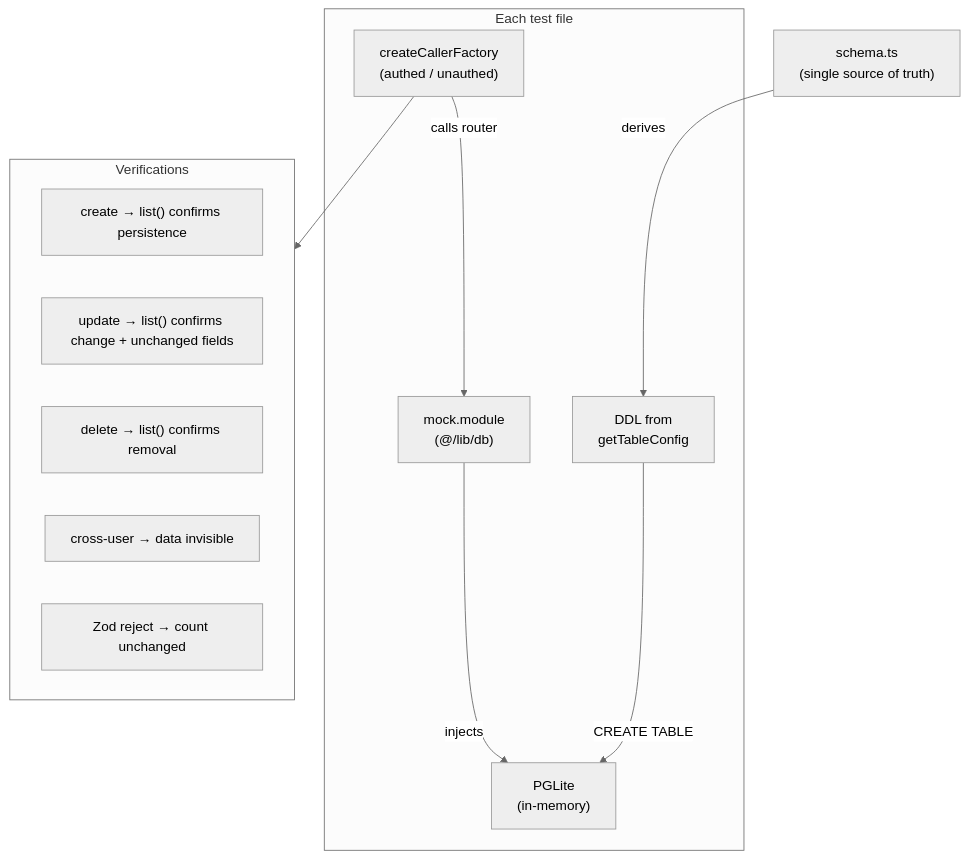
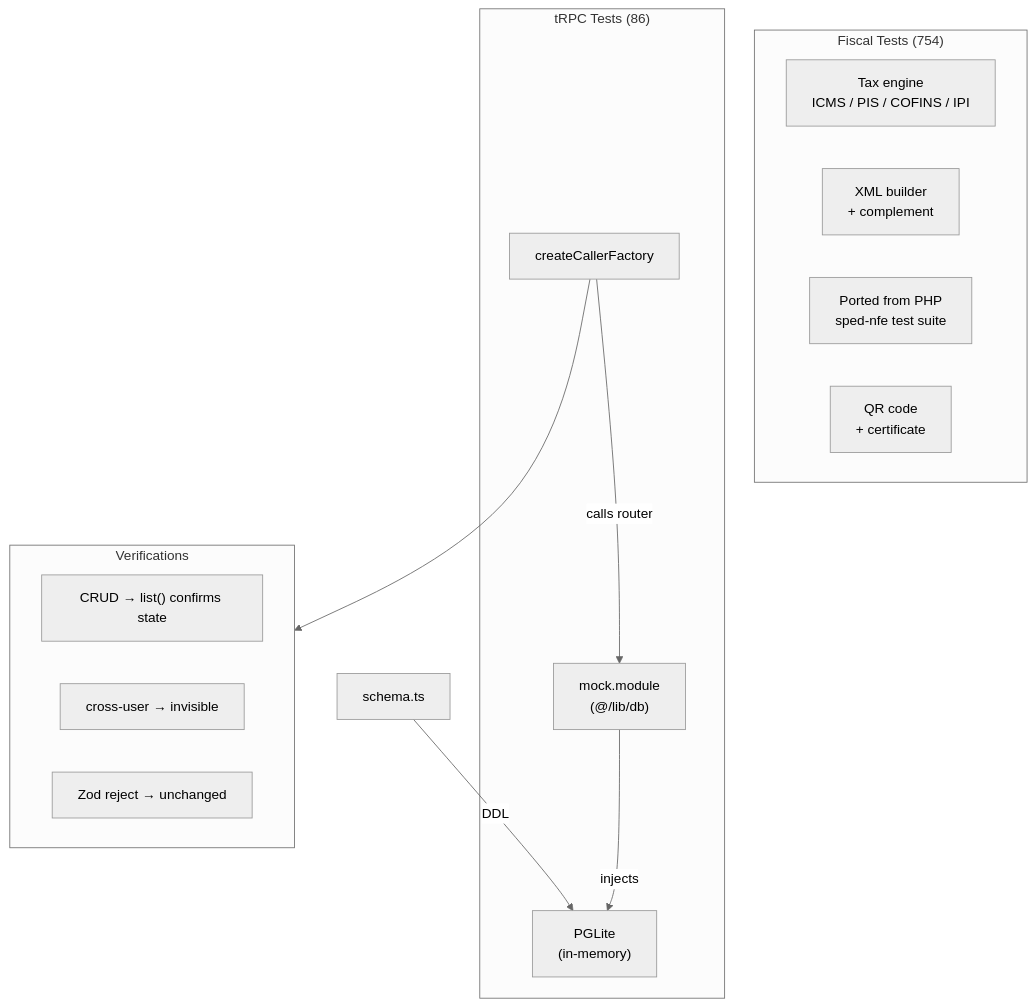
Before and after one commit to JoaoHenriqueBarbosa/FinOpenPOS: the fifth of 6 diagrams in README.md, drawn with Mermaid (neutral theme). The commit also changed other lines of this file and 1 other file, not shown here.

First line of the commit message:
docs(readme): rewrite READMEs with fiscal module, TOC, and mermaid diagrams

````diff
--- a/README.md
+++ b/README.md
@@ -156,24 +322,27 @@
 ```mermaid
 flowchart TB
-  subgraph TestFile["Each test file"]
+  subgraph FiscalTests["Fiscal Tests (754)"]
+    TaxTests["Tax engine\nICMS / PIS / COFINS / IPI"]
+    XMLTests["XML builder\n+ complement"]
+    PortedTests["Ported from PHP\nsped-nfe test suite"]
+    QRTests["QR code\n+ certificate"]
+  end
+
+  subgraph tRPCTests["tRPC Tests (86)"]
     PGLite["PGLite\n(in-memory)"]
     Mock["mock.module\n(@/lib/db)"]
-    Caller["createCallerFactory\n(authed / unauthed)"]
-    DDL["DDL from\ngetTableConfig"]
+    Caller["createCallerFactory"]
   end
 
-  Schema["schema.ts\n(single source of truth)"] -->|derives| DDL
-  DDL -->|CREATE TABLE| PGLite
+  Schema["schema.ts"] -->|DDL| PGLite
   Mock -->|injects| PGLite
   Caller -->|calls router| Mock
 
   subgraph Verifications
-    Create["create → list() confirms persistence"]
-    Update["update → list() confirms change + unchanged fields"]
-    Delete["delete → list() confirms removal"]
-    Isolation["cross-user → data invisible"]
-    Validation["Zod reject → count unchanged"]
+    CRUD["CRUD → list() confirms state"]
+    Isolation["cross-user → invisible"]
+    Zod["Zod reject → unchanged"]
   end
 
   Caller --> Verifications
 ```
````
